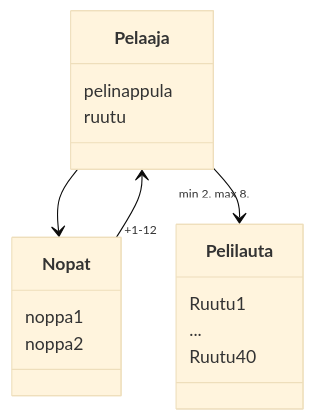
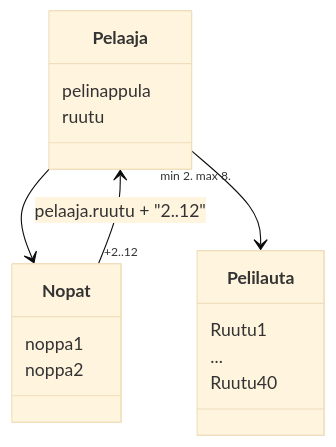
The diagram in laskarit/viikko3/laajennettu_monopoli.md (alumppio/ot-harjoitustyo), drawn with Mermaid (base theme) before and after one commit.

Commit message:
monopoli.md

````diff
--- a/laskarit/viikko3/laajennettu_monopoli.md
+++ b/laskarit/viikko3/laajennettu_monopoli.md
@@ -3,26 +3,26 @@
 ```mermaid 
 
   classDiagram
       Pelaaja --> Nopat
-      Nopat "+1-12" --> Pelaaja
+      Nopat "+2..12" --> Pelaaja : pelaaja.ruutu + "2..12"
       Pelaaja "min 2. max 8." --> Pelilauta
 
     class Pelilauta{
         Ruutu1
         ...
         Ruutu40
 
     }
 
     class Nopat{
         noppa1
         noppa2
     }
 
 
       class Pelaaja{
           pelinappula
           ruutu
       }    
 
 ```
````
